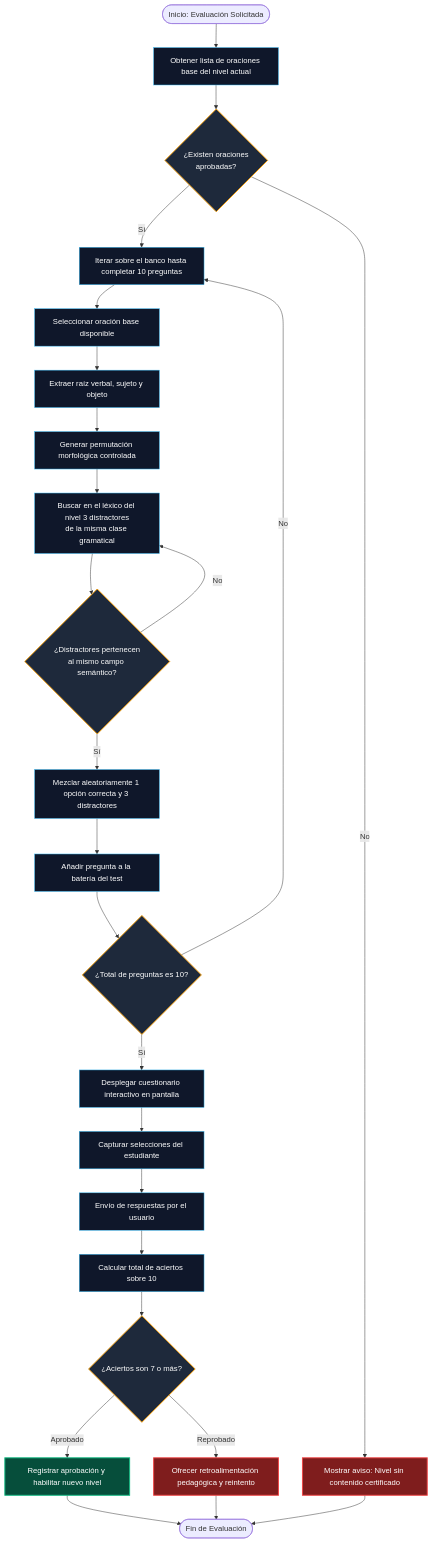
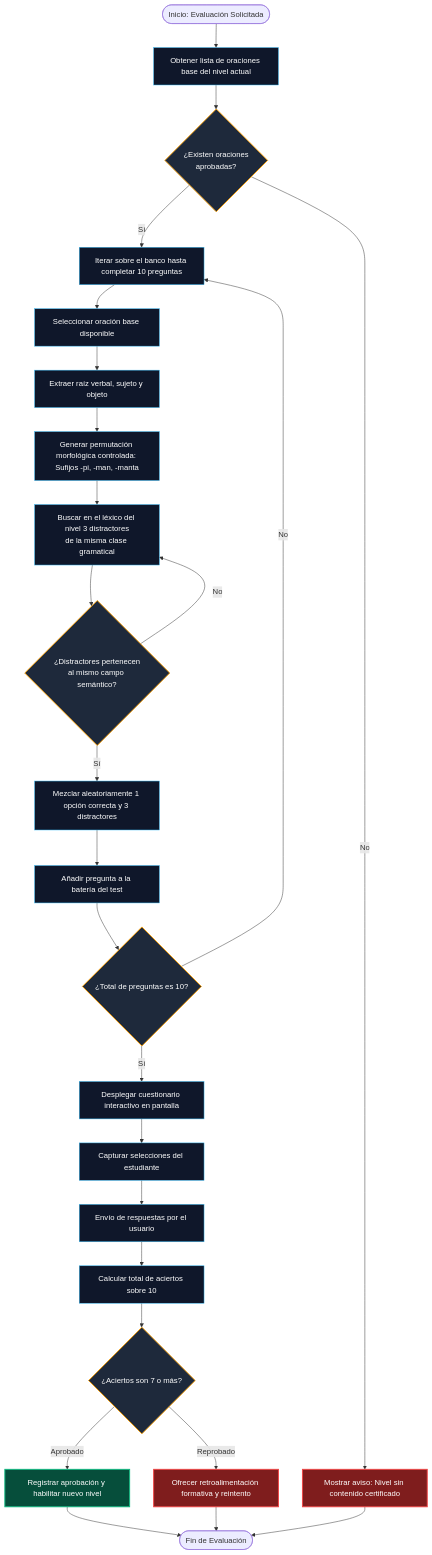
One commit to upds-software-engineering/Yapu changed diagram 11 of 12 in Docs/mapa_de_diagramas.md. Above: the diagram before and after it, drawn with Mermaid. The commit also changed other lines of this file and 8 other files, not shown here.

Commit message:
docs(actividad-03): album de modelos UML IEEE 1016, informe APA 7, presentacion y guion de defensa

````diff
--- a/Docs/mapa_de_diagramas.md
+++ b/Docs/mapa_de_diagramas.md
@@ -634,47 +1011,47 @@
 ```mermaid
 flowchart TD
     START([Inicio: Evaluación Solicitada]) --> FETCH[Obtener lista de oraciones base del nivel actual]
     FETCH --> CHECK_EMPTY{¿Existen oraciones<br/>aprobadas?}
     
     CHECK_EMPTY -->|No| ERROR_STATE[Mostrar aviso: Nivel sin contenido certificado]
     CHECK_EMPTY -->|Sí| LOOP_START[Iterar sobre el banco hasta completar 10 preguntas]
     
     LOOP_START --> SEL_SENTENCE[Seleccionar oración base disponible]
     SEL_SENTENCE --> EXTRACT_LEMMA[Extraer raíz verbal, sujeto y objeto]
-    EXTRACT_LEMMA --> PERMUTE[Generar permutación morfológica controlada]
+    EXTRACT_LEMMA --> PERMUTE[Generar permutación morfológica controlada: Sufijos -pi, -man, -manta]
     
     PERMUTE --> QUERY_DISTRACTORS[Buscar en el léxico del nivel 3 distractores<br/>de la misma clase gramatical]
     
     QUERY_DISTRACTORS --> VALIDATE_DIST{¿Distractores pertenecen<br/>al mismo campo semántico?}
     VALIDATE_DIST -->|No| QUERY_DISTRACTORS
     VALIDATE_DIST -->|Sí| SHUFFLE[Mezclar aleatoriamente 1 opción correcta y 3 distractores]
     
     SHUFFLE --> COLLECT_ITEM[Añadir pregunta a la batería del test]
     COLLECT_ITEM --> COUNT_CHECK{¿Total de preguntas es 10?}
     
     COUNT_CHECK -->|No| LOOP_START
     COUNT_CHECK -->|Sí| DISPLAY_TEST[Desplegar cuestionario interactivo en pantalla]
     
     DISPLAY_TEST --> CAPTURE[Capturar selecciones del estudiante]
     CAPTURE --> SUBMIT[Envío de respuestas por el usuario]
     
     SUBMIT --> SCORE_CALC[Calcular total de aciertos sobre 10]
     SCORE_CALC --> THRESHOLD{¿Aciertos son 7 o más?}
     
     THRESHOLD -->|Aprobado| SAVE_SUCCESS[Registrar aprobación y habilitar nuevo nivel]
-    THRESHOLD -->|Reprobado| RETRY_STATE[Ofrecer retroalimentación pedagógica y reintento]
+    THRESHOLD -->|Reprobado| RETRY_STATE[Ofrecer retroalimentación formativa y reintento]
     
     SAVE_SUCCESS --> END_NODE([Fin de Evaluación])
     RETRY_STATE --> END_NODE
     ERROR_STATE --> END_NODE
 
     classDef proc fill:#0f172a,stroke:#38bdf8,stroke-width:1px,color:#ffffff;
     classDef decision fill:#1e293b,stroke:#f59e0b,stroke-width:2px,color:#ffffff;
     classDef success fill:#064e3b,stroke:#10b981,stroke-width:2px,color:#ffffff;
     classDef fail fill:#7f1d1d,stroke:#ef4444,stroke-width:2px,color:#ffffff;
 
     class FETCH,LOOP_START,SEL_SENTENCE,EXTRACT_LEMMA,PERMUTE,QUERY_DISTRACTORS,SHUFFLE,COLLECT_ITEM,DISPLAY_TEST,CAPTURE,SUBMIT,SCORE_CALC proc;
     class CHECK_EMPTY,VALIDATE_DIST,COUNT_CHECK,THRESHOLD decision;
     class SAVE_SUCCESS success;
     class ERROR_STATE,RETRY_STATE fail;
 ```
````
